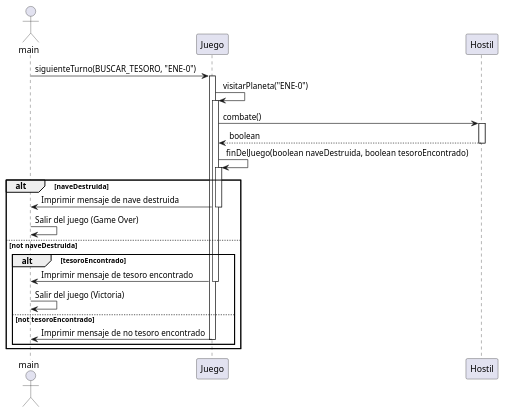
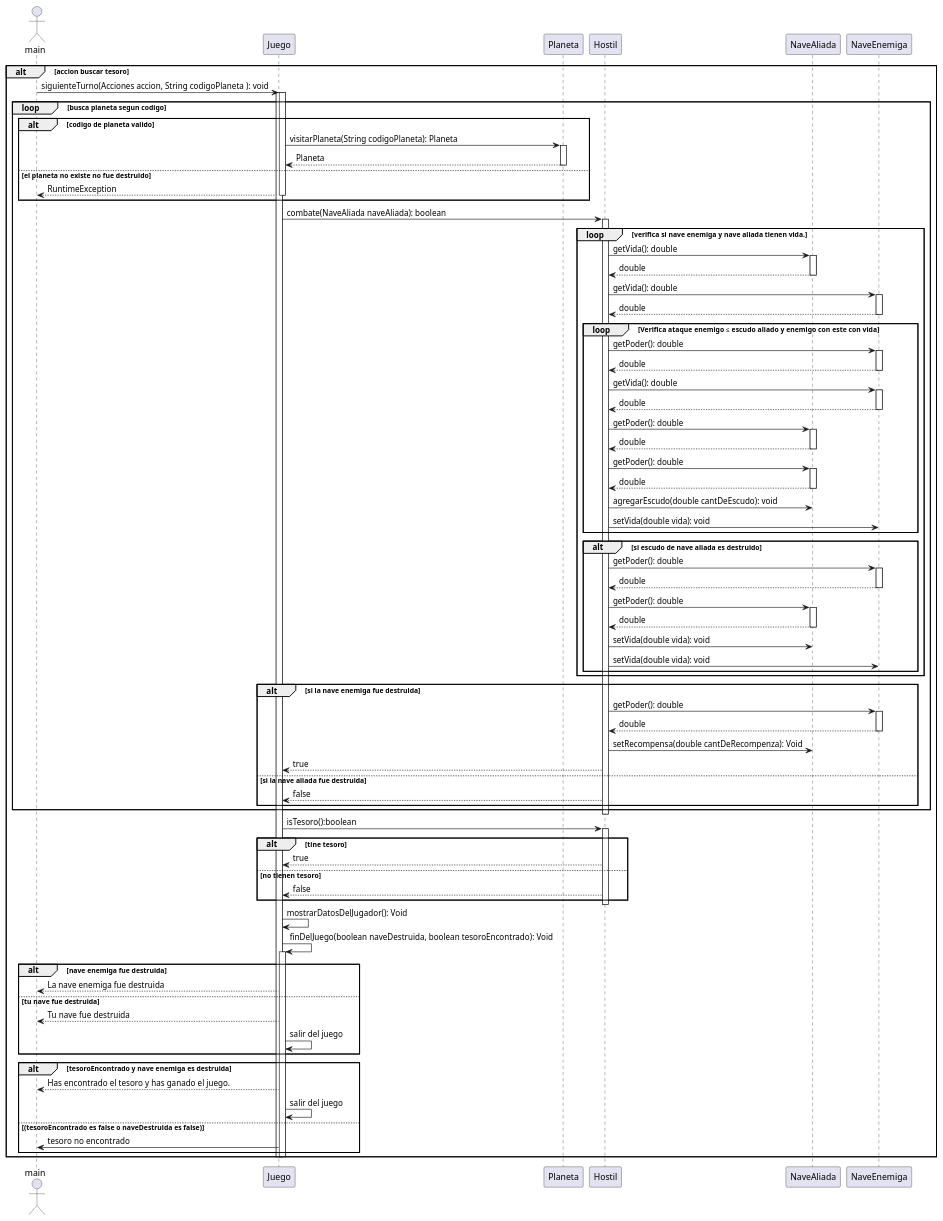
The diagram in src/main/java/org/example/Diagrams/TPO_SequenceDiagramCombat.puml (ianlio-git/LostGalaxy), drawn with PlantUML before and after one commit. The commit also changed 5 other files, not shown here.

Commit message:
diagrama de secuencia

```diff
--- a/src/main/java/org/example/Diagrams/TPO_SequenceDiagramCombat.puml
+++ b/src/main/java/org/example/Diagrams/TPO_SequenceDiagramCombat.puml
@@ -1,31 +1,114 @@
 @startuml
 actor main
-participant Juego
-participant Hostil
 
-main -> Juego: siguienteTurno(BUSCAR_TESORO, "ENE-0")
+alt accion buscar tesoro
+
+main->Juego: siguienteTurno(Acciones accion, String codigoPlaneta ): void
 activate Juego
-Juego -> Juego: visitarPlaneta("ENE-0")
+    loop busca planeta segun codigo
+        alt codigo de planeta valido
+            activate Juego
+                Juego -> Planeta: visitarPlaneta(String codigoPlaneta): Planeta
+            activate Planeta
+                Planeta --> Juego: Planeta
+            deactivate Planeta
+        else el planeta no existe no fue destruido
+                Juego --> main : RuntimeException
+            deactivate Juego
+end
+Juego -> Hostil: combate(NaveAliada naveAliada): boolean
+activate Hostil
+    loop verifica si nave enemiga y nave aliada tienen vida.
+
+        Hostil -> NaveAliada: getVida(): double
+        activate NaveAliada
+        NaveAliada --> Hostil: double
+        deactivate NaveAliada
+
+        Hostil -> NaveEnemiga: getVida(): double
+        activate NaveEnemiga
+        NaveEnemiga --> Hostil: double
+        deactivate NaveEnemiga
+
+            loop Verifica ataque enemigo ≤ escudo aliado y enemigo con este con vida
+
+                Hostil -> NaveEnemiga: getPoder(): double
+                activate NaveEnemiga
+                NaveEnemiga --> Hostil: double
+                deactivate NaveEnemiga
+
+                Hostil -> NaveEnemiga: getVida(): double
+                activate NaveEnemiga
+                NaveEnemiga --> Hostil: double
+                deactivate NaveEnemiga
+
+                Hostil -> NaveAliada: getPoder(): double
+                activate NaveAliada
+                NaveAliada --> Hostil: double
+                deactivate NaveAliada
+
+                Hostil -> NaveAliada: getPoder(): double
+                activate NaveAliada
+                NaveAliada --> Hostil: double
+                deactivate NaveAliada
+
+                Hostil -> NaveAliada: agregarEscudo(double cantDeEscudo): void
+                Hostil -> NaveEnemiga: setVida(double vida): void
+            end
+            alt si escudo de nave aliada es destruido
+
+                Hostil -> NaveEnemiga: getPoder(): double
+                activate NaveEnemiga
+                NaveEnemiga --> Hostil: double
+                deactivate NaveEnemiga
+
+                Hostil -> NaveAliada: getPoder(): double
+                activate NaveAliada
+                NaveAliada --> Hostil: double
+                deactivate NaveAliada
+                Hostil -> NaveAliada: setVida(double vida): void
+                Hostil -> NaveEnemiga: setVida(double vida): void
+            end
+    end
+    alt si la nave enemiga fue destruida
+        Hostil -> NaveEnemiga: getPoder(): double
+        activate NaveEnemiga
+        NaveEnemiga --> Hostil: double
+        deactivate NaveEnemiga
+        Hostil -> NaveAliada: setRecompensa(double cantDeRecompenza): Void
+        Hostil --> Juego : true
+    else si la nave aliada fue destruida
+        Hostil --> Juego : false
+    end
+    end
+deactivate Hostil
+
+Juego -> Hostil: isTesoro():boolean
+    activate Hostil
+    alt tine tesoro
+        Hostil-->Juego: true
+    else no tienen tesoro
+        Hostil-->Juego: false
+    end
+    deactivate Hostil
+
+Juego->Juego: mostrarDatosDelJugador(): Void
+Juego->Juego: finDelJuego(boolean naveDestruida, boolean tesoroEncontrado): Void
 activate Juego
-Juego -> Hostil: combate()
-activate Hostil
-Hostil --> Juego: boolean
-deactivate Hostil
-Juego -> Juego: finDelJuego(boolean naveDestruida, boolean tesoroEncontrado)
-activate Juego
-alt naveDestruida
-    Juego -> main: Imprimir mensaje de nave destruida
-    deactivate Juego
-    main -> main: Salir del juego (Game Over)
-else not naveDestruida
-    alt tesoroEncontrado
-        Juego -> main: Imprimir mensaje de tesoro encontrado
-        deactivate Juego
-        main -> main: Salir del juego (Victoria)
-    else not tesoroEncontrado
-        Juego -> main: Imprimir mensaje de no tesoro encontrado
-        deactivate Juego
+    alt nave enemiga fue destruida
+        Juego --> main: La nave enemiga fue destruida
+    else tu nave fue destruida
+        Juego --> main: Tu nave fue destruida
+        Juego -> Juego: salir del juego
     end
+
+    alt tesoroEncontrado y nave enemiga es destruida
+        Juego --> main: Has encontrado el tesoro y has ganado el juego.
+        Juego -> Juego: salir del juego
+    else (tesoroEncontrado es false o naveDestruida es false)
+        Juego -> main: tesoro no encontrado
+    end
+deactivate Juego
+deactivate Juego
 end
-deactivate Juego
 @enduml
```
